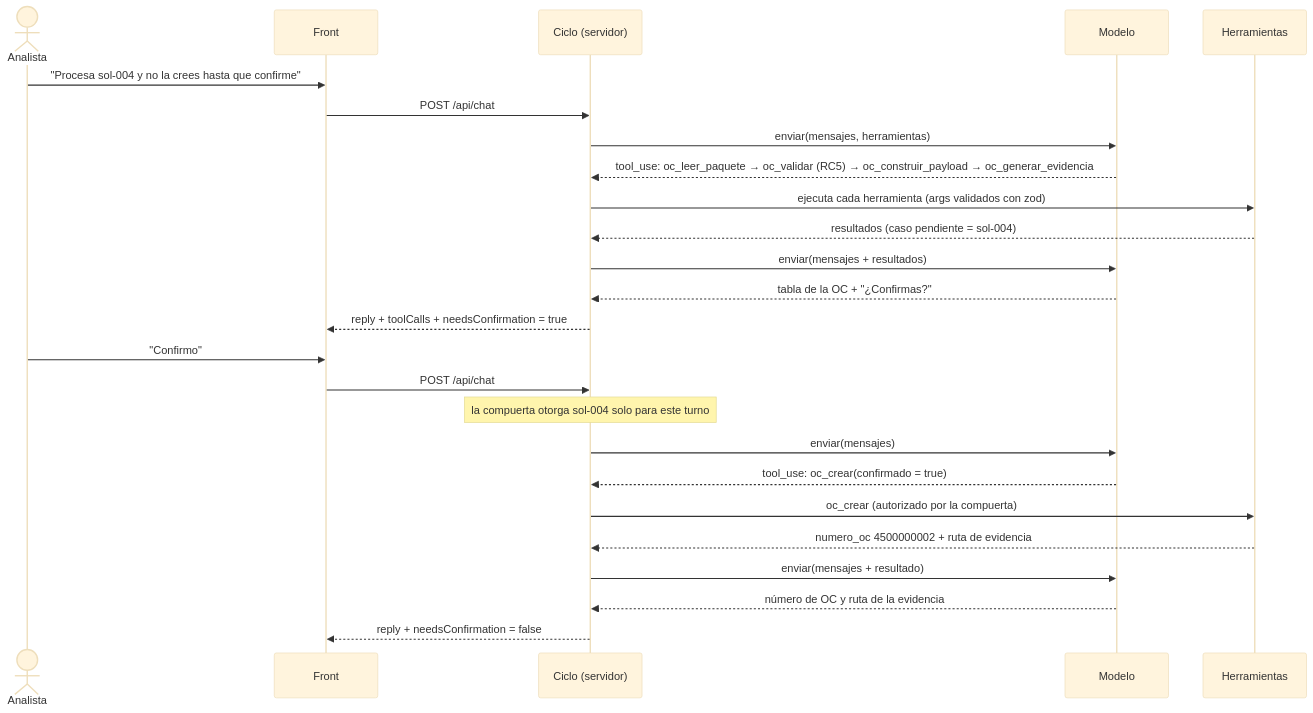
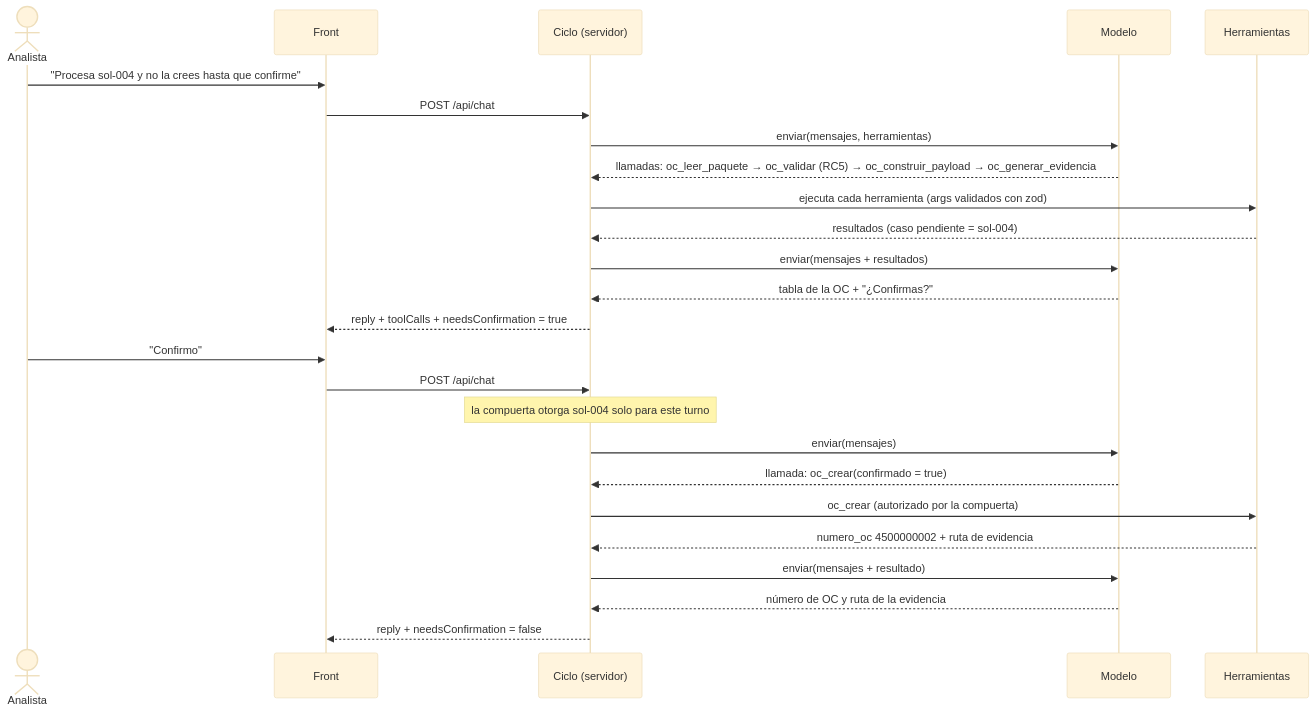
Before and after one commit to JSBeltran93/reto-03-beltran: the second of 2 diagrams in SOLUCION.md, drawn with Mermaid (base theme). The commit also changed other lines of this file and 3 other files, not shown here.

````diff
--- a/SOLUCION.md
+++ b/SOLUCION.md
@@ -92,27 +92,27 @@
 ```mermaid
 sequenceDiagram
   actor A as Analista
   participant F as Front
   participant C as Ciclo (servidor)
   participant M as Modelo
   participant H as Herramientas
   A->>F: "Procesa sol-004 y no la crees hasta que confirme"
   F->>C: POST /api/chat
   C->>M: enviar(mensajes, herramientas)
-  M-->>C: tool_use: oc_leer_paquete → oc_validar (RC5) → oc_construir_payload → oc_generar_evidencia
+  M-->>C: llamadas: oc_leer_paquete → oc_validar (RC5) → oc_construir_payload → oc_generar_evidencia
   C->>H: ejecuta cada herramienta (args validados con zod)
   H-->>C: resultados (caso pendiente = sol-004)
   C->>M: enviar(mensajes + resultados)
   M-->>C: tabla de la OC + "¿Confirmas?"
   C-->>F: reply + toolCalls + needsConfirmation = true
   A->>F: "Confirmo"
   F->>C: POST /api/chat
   Note over C: la compuerta otorga sol-004 solo para este turno
   C->>M: enviar(mensajes)
-  M-->>C: tool_use: oc_crear(confirmado = true)
+  M-->>C: llamada: oc_crear(confirmado = true)
   C->>H: oc_crear (autorizado por la compuerta)
   H-->>C: numero_oc 4500000002 + ruta de evidencia
   C->>M: enviar(mensajes + resultado)
   M-->>C: número de OC y ruta de la evidencia
   C-->>F: reply + needsConfirmation = false
 ```
````
